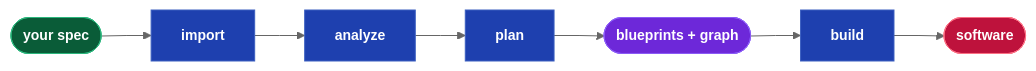
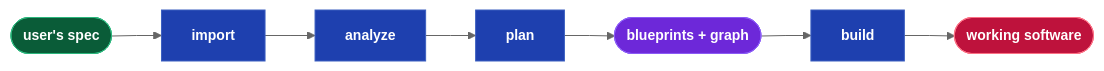
The first of 3 diagrams in docs/papers/SDD_Managing_Changed_Specifications.md (webcloudstudio/Drydock), drawn with Mermaid before and after one commit. The commit also changed other lines of this file and 10 other files, not shown here.

````diff
--- a/docs/papers/SDD_Managing_Changed_Specifications.md
+++ b/docs/papers/SDD_Managing_Changed_Specifications.md
@@ -43,18 +32,18 @@
 ```mermaid
 %%{init: {'theme': 'neutral', 'flowchart': {'curve': 'linear'}, 'themeVariables': {'fontSize': '14px'}}}%%
 flowchart LR
   classDef dir    fill:#0a5c38,stroke:#2cb67d,color:#fff,font-weight:bold
   classDef script fill:#1e40af,stroke:#3b5fc0,color:#fff,font-weight:bold
   classDef output fill:#6d28d9,stroke:#8b5cf6,color:#fff,font-weight:bold
   classDef web    fill:#be123c,stroke:#fb7185,color:#fff,font-weight:bold
 
-  SPEC(["your spec"]):::dir
+  SPEC(["user's spec"]):::dir
   IMP["import"]:::script
   ANA["analyze"]:::script
   PLN["plan"]:::script
   BP(["blueprints + graph"]):::output
   BLD["build"]:::script
-  SW(["software"]):::web
+  SW(["working software"]):::web
 
   SPEC --> IMP --> ANA --> PLN --> BP --> BLD --> SW
 ```
````
